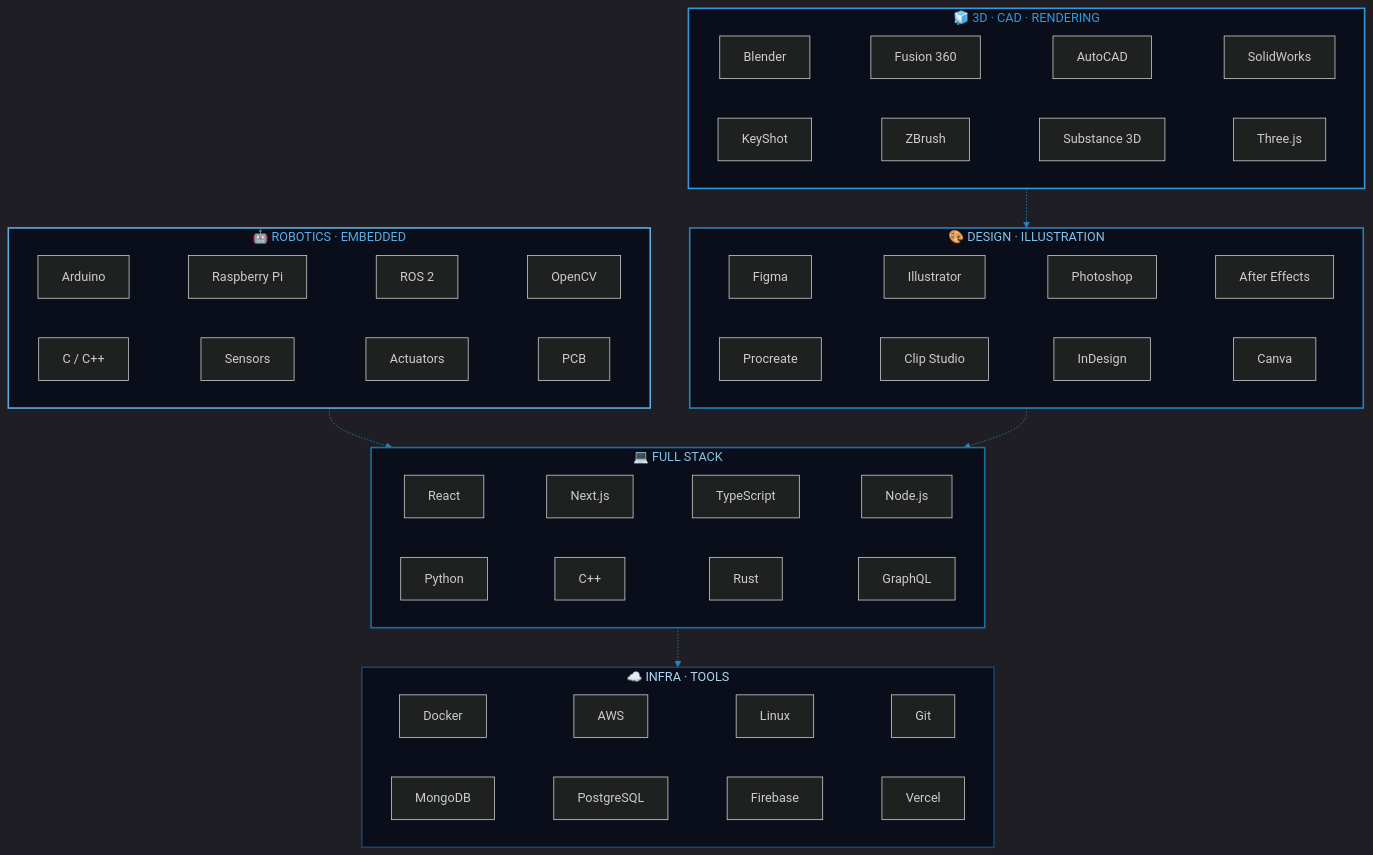
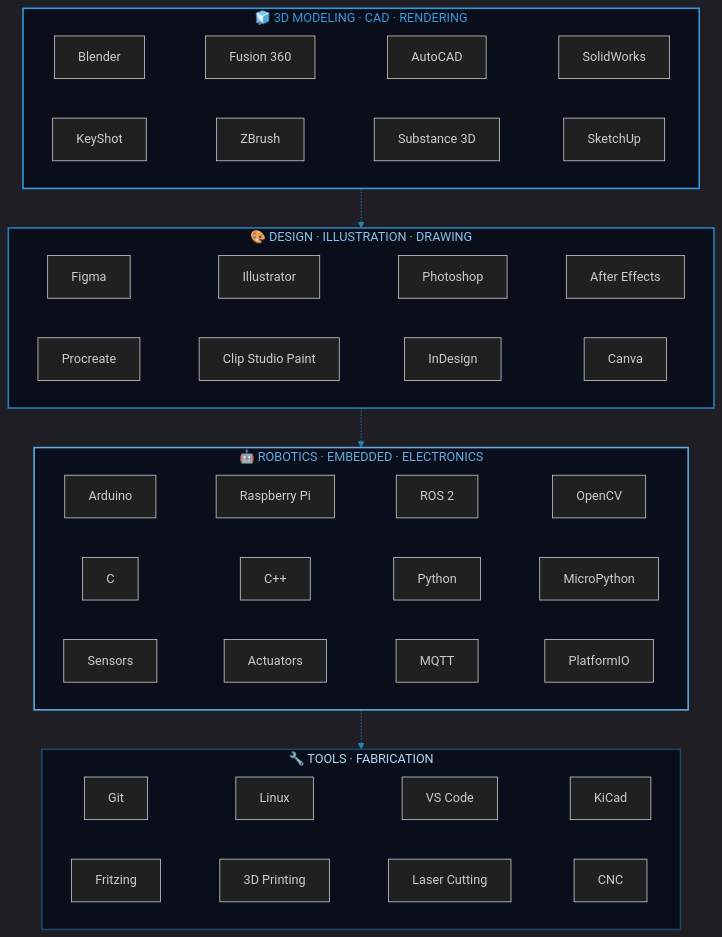
One commit to nasblor/nasblor changed the first of 3 diagrams in readme.md. Above: the diagram before and after it, drawn with Mermaid. The commit also changed other lines of this file, not shown here.

````diff
--- a/readme.md
+++ b/readme.md
@@ -116,40 +102,34 @@
 ```mermaid
 %%{init: {'theme':'dark','themeVariables':{'primaryColor':'#5dade2','primaryTextColor':'#d6eaf8','primaryBorderColor':'#5dade2','lineColor':'#2980b9','secondaryColor':'#0c1929','tertiaryColor':'#0a0e1a'}}}%%
 graph TB
-    subgraph ROB["🤖 ROBOTICS · EMBEDDED"]
+    subgraph ROB["🤖 ROBOTICS · EMBEDDED · ELECTRONICS"]
         direction LR
         A1[Arduino] ~~~ A2[Raspberry Pi] ~~~ A3[ROS 2] ~~~ A4[OpenCV]
-        A5[C / C++] ~~~ A6[Sensors] ~~~ A7[Actuators] ~~~ A8[PCB]
+        A5[C] ~~~ A6[C++] ~~~ A7[Python] ~~~ A8[MicroPython]
+        A9[Sensors] ~~~ A10[Actuators] ~~~ A11[MQTT] ~~~ A12[PlatformIO]
     end
-    subgraph MOD["🧊 3D · CAD · RENDERING"]
+    subgraph MOD["🧊 3D MODELING · CAD · RENDERING"]
         direction LR
         B1[Blender] ~~~ B2[Fusion 360] ~~~ B3[AutoCAD] ~~~ B4[SolidWorks]
-        B5[KeyShot] ~~~ B6[ZBrush] ~~~ B7[Substance 3D] ~~~ B8[Three.js]
+        B5[KeyShot] ~~~ B6[ZBrush] ~~~ B7[Substance 3D] ~~~ B8[SketchUp]
     end
-    subgraph DES["🎨 DESIGN · ILLUSTRATION"]
+    subgraph DES["🎨 DESIGN · ILLUSTRATION · DRAWING"]
         direction LR
         C1[Figma] ~~~ C2[Illustrator] ~~~ C3[Photoshop] ~~~ C4[After Effects]
-        C5[Procreate] ~~~ C6[Clip Studio] ~~~ C7[InDesign] ~~~ C8[Canva]
+        C5[Procreate] ~~~ C6[Clip Studio Paint] ~~~ C7[InDesign] ~~~ C8[Canva]
     end
-    subgraph DEV["💻 FULL STACK"]
+    subgraph TOOLS["🔧 TOOLS · FABRICATION"]
         direction LR
-        D1[React] ~~~ D2[Next.js] ~~~ D3[TypeScript] ~~~ D4[Node.js]
-        D5[Python] ~~~ D6[C++] ~~~ D7[Rust] ~~~ D8[GraphQL]
-    end
-    subgraph INF["☁️ INFRA · TOOLS"]
-        direction LR
-        E1[Docker] ~~~ E2[AWS] ~~~ E3[Linux] ~~~ E4[Git]
-        E5[MongoDB] ~~~ E6[PostgreSQL] ~~~ E7[Firebase] ~~~ E8[Vercel]
+        D1[Git] ~~~ D2[Linux] ~~~ D3[VS Code] ~~~ D4[KiCad]
+        D5[Fritzing] ~~~ D6[3D Printing] ~~~ D7[Laser Cutting] ~~~ D8[CNC]
     end
 
-    ROB -.-> DEV
+    ROB -.-> TOOLS
     MOD -.-> DES
-    DES -.-> DEV
-    DEV -.-> INF
+    DES -.-> ROB
 
     style ROB fill:#0a0e1a,stroke:#5dade2,stroke-width:2px,color:#5dade2
     style MOD fill:#0a0e1a,stroke:#3498db,stroke-width:2px,color:#3498db
     style DES fill:#0a0e1a,stroke:#2980b9,stroke-width:2px,color:#85c1e9
-    style DEV fill:#0a0e1a,stroke:#1a6fa0,stroke-width:2px,color:#85c1e9
-    style INF fill:#0a0e1a,stroke:#1a4468,stroke-width:2px,color:#aed6f1
+    style TOOLS fill:#0a0e1a,stroke:#1a4468,stroke-width:2px,color:#aed6f1
 ```
````
